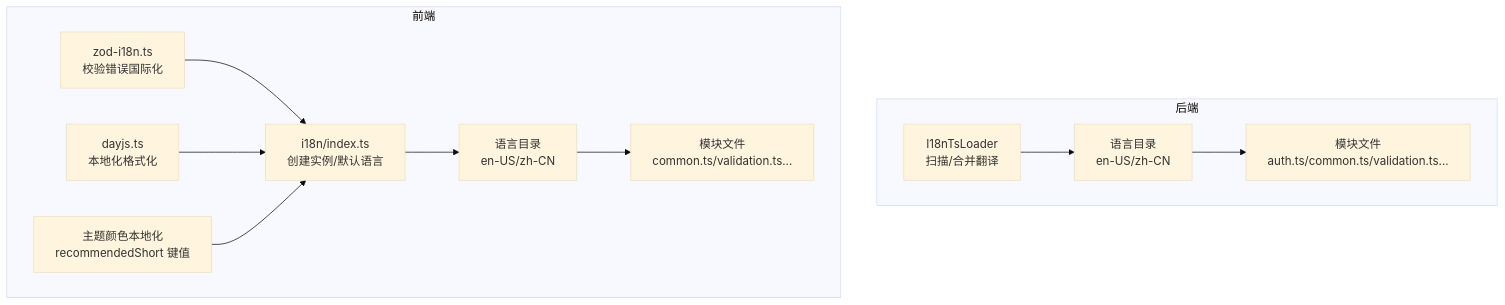
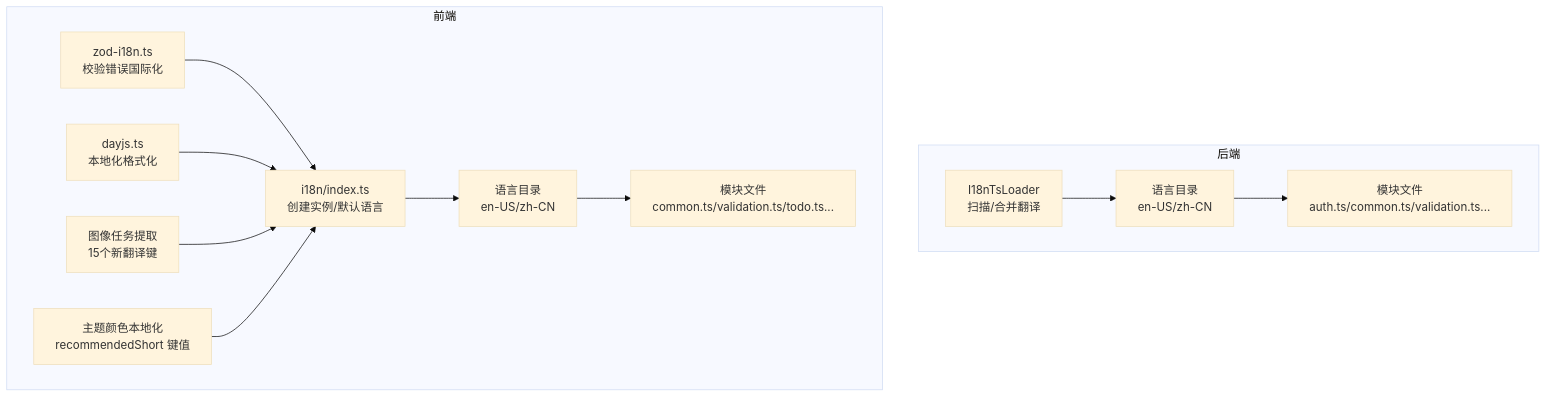
Before and after one commit to xixixiaoyu/Todo: the first of 7 diagrams in .qoder/repowiki/zh/content/前端开发/国际化/国际化.md, drawn with Mermaid (base theme). The commit also changed other lines of this file and 8 other files, not shown here.

````diff
--- a/.qoder/repowiki/zh/content/前端开发/国际化/国际化.md
+++ b/.qoder/repowiki/zh/content/前端开发/国际化/国际化.md
@@ -57,23 +61,25 @@
 ```mermaid
 graph TB
 subgraph "后端"
 BE_Loader["I18nTsLoader<br/>扫描/合并翻译"]
 BE_LangDirs["语言目录<br/>en-US/zh-CN"]
 BE_ModFiles["模块文件<br/>auth.ts/common.ts/validation.ts..."]
 end
 subgraph "前端"
 FE_Index["i18n/index.ts<br/>创建实例/默认语言"]
 FE_LangDirs["语言目录<br/>en-US/zh-CN"]
-FE_ModFiles["模块文件<br/>common.ts/validation.ts..."]
+FE_ModFiles["模块文件<br/>common.ts/validation.ts/todo.ts..."]
 FE_Zod["zod-i18n.ts<br/>校验错误国际化"]
 FE_Dayjs["dayjs.ts<br/>本地化格式化"]
+FE_ImageTask["图像任务提取<br/>15个新翻译键"]
 FE_Theme["主题颜色本地化<br/>recommendedShort 键值"]
 end
 BE_Loader --> BE_LangDirs
 BE_LangDirs --> BE_ModFiles
 FE_Index --> FE_LangDirs
 FE_LangDirs --> FE_ModFiles
 FE_Zod --> FE_Index
 FE_Dayjs --> FE_Index
+FE_ImageTask --> FE_Index
 FE_Theme --> FE_Index
 ```
````
